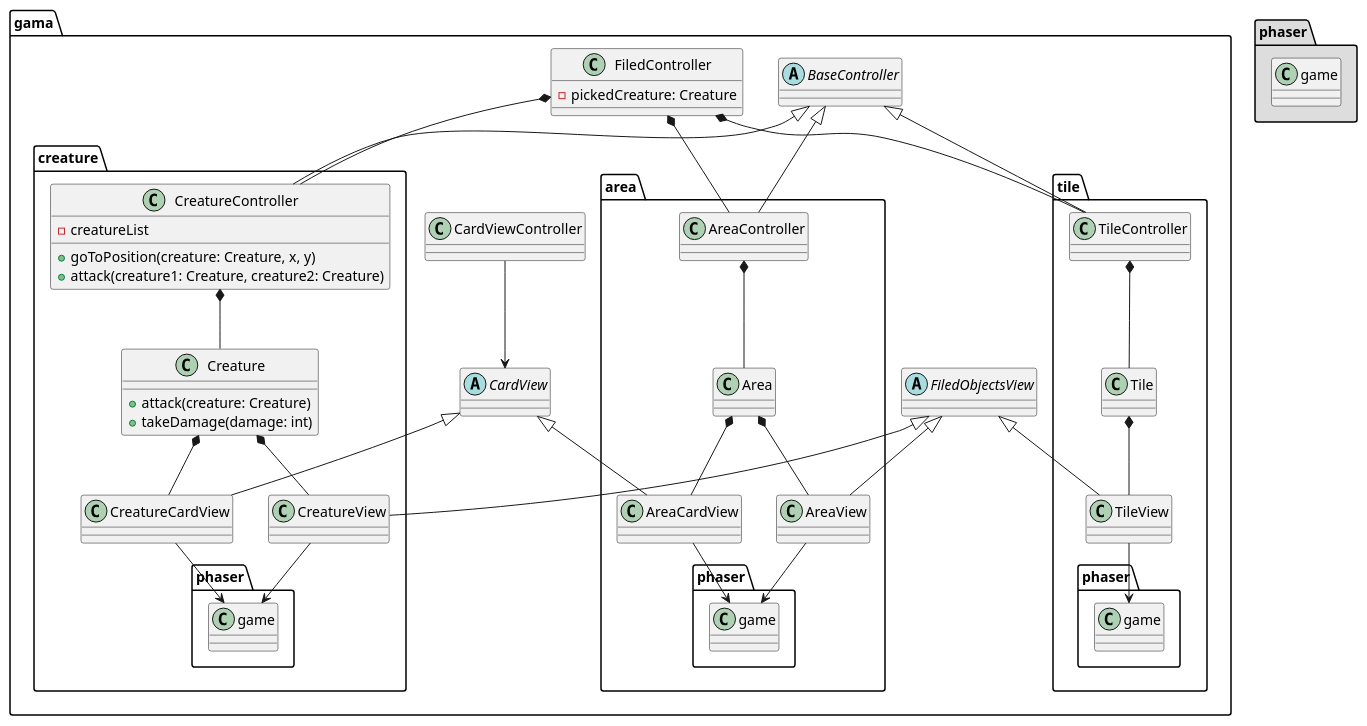
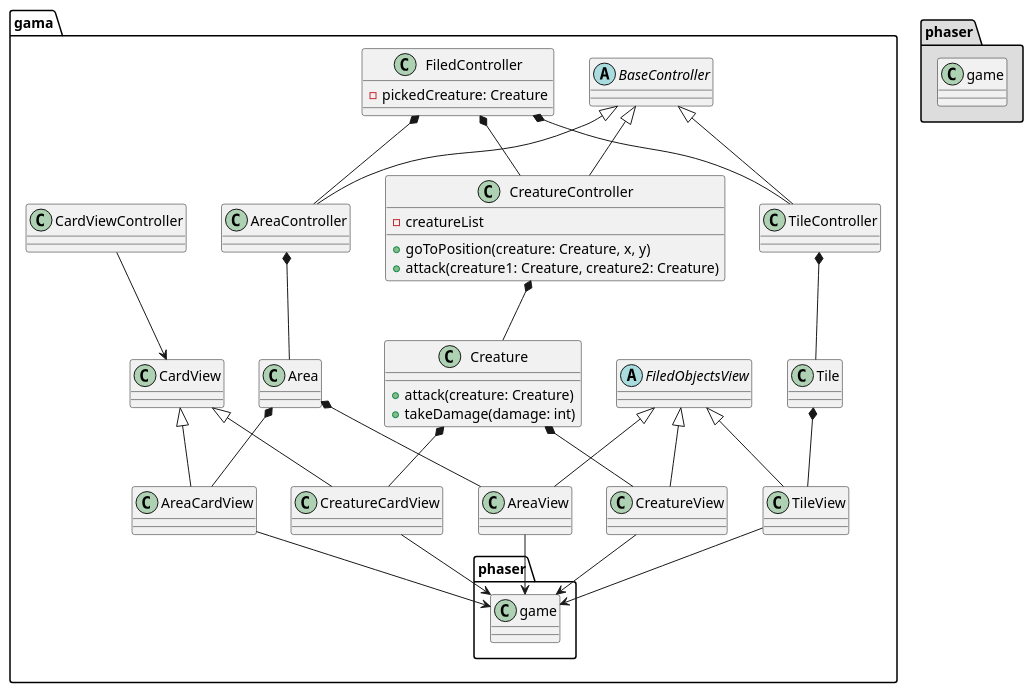
Before and after one commit to gamesFTW/phaser-card-game-client: the diagram in uml/base.puml, drawn with PlantUML.

Commit message:
Uml base project structure without packages

```diff
--- a/uml/base.puml
+++ b/uml/base.puml
@@ -1,96 +1,96 @@
 @startuml
 
 package "gama" {
     abstract class BaseController
-    BaseController <|-- gama.creature.CreatureController
-    BaseController <|-- gama.area.AreaController
-    BaseController <|-- gama.tile.TileController
 
 
     abstract class FiledObjectsView
-    FiledObjectsView <|-- gama.creature.CreatureView
-    FiledObjectsView <|-- gama.area.AreaView
-    FiledObjectsView <|-- gama.tile.TileView
 
 
     abstract class CardView
-    CardView <|-- gama.creature.CreatureCardView
-    CardView <|-- gama.area.AreaCardView
 
 
     class FiledController {
         - pickedCreature: Creature
     }
-    FiledController *-- gama.tile.TileController
-    FiledController *-- gama.creature.CreatureController
-    FiledController *-- gama.area.AreaController
+    FiledController *-- TileController
+    FiledController *-- CreatureController
+    FiledController *-- AreaController
+
+
+    class CardView
 
 
     class CardViewController
     CardViewController --> CardView
-}
 
 
-package "gama.creature" {
+    '''Tile'''
+    class TileController
+    BaseController <|-- TileController
+    TileController *-- Tile
+
+
+    class Tile
+    Tile *-- TileView
+
+
+    class TileView
+    FiledObjectsView <|-- TileView
+    TileView --> phaser.game
+
+
+    '''Creature'''
     class CreatureController {
         - creatureList
         + goToPosition(creature: Creature, x, y)
         + attack(creature1: Creature, creature2: Creature)
     }
+    BaseController <|-- CreatureController
     CreatureController *-- Creature
 
 
     class Creature {
         + attack(creature: Creature)
         + takeDamage(damage: int)
     }
     Creature *-- CreatureView
     Creature *-- CreatureCardView
 
 
     class CreatureView
+    FiledObjectsView <|-- CreatureView
     CreatureView --> phaser.game
 
 
     class CreatureCardView
+    CardView <|-- CreatureCardView
     CreatureCardView --> phaser.game
-}
 
 
-package "gama.tile" {
-    class TileController
-    TileController *-- Tile
-
-
-    class Tile
-    Tile *-- TileView
-
-
-    class TileView
-    TileView --> phaser.game
-}
-
-
-package "gama.area" {
+    '''Area'''
     class AreaController
+    BaseController <|-- AreaController
     AreaController *-- Area
 
 
     class Area
     Area *-- AreaView
     Area *-- AreaCardView
 
 
     class AreaView
+    FiledObjectsView <|-- AreaView
     AreaView --> phaser.game
 
 
     class AreaCardView
+    CardView <|-- AreaCardView
     AreaCardView --> phaser.game
 }
 
 
 package "phaser" #DDDDDD {
     class game
 }
 @enduml
```
